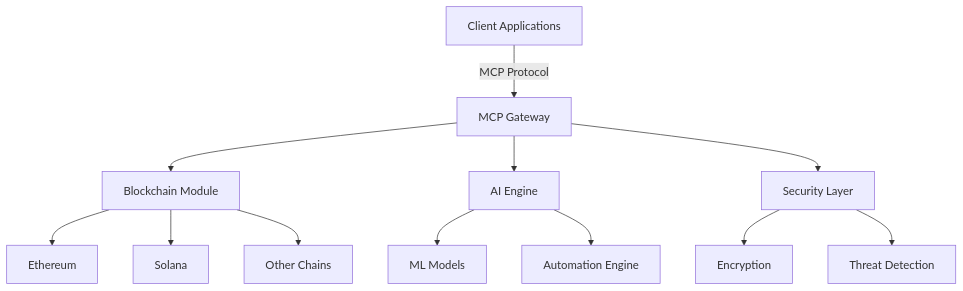
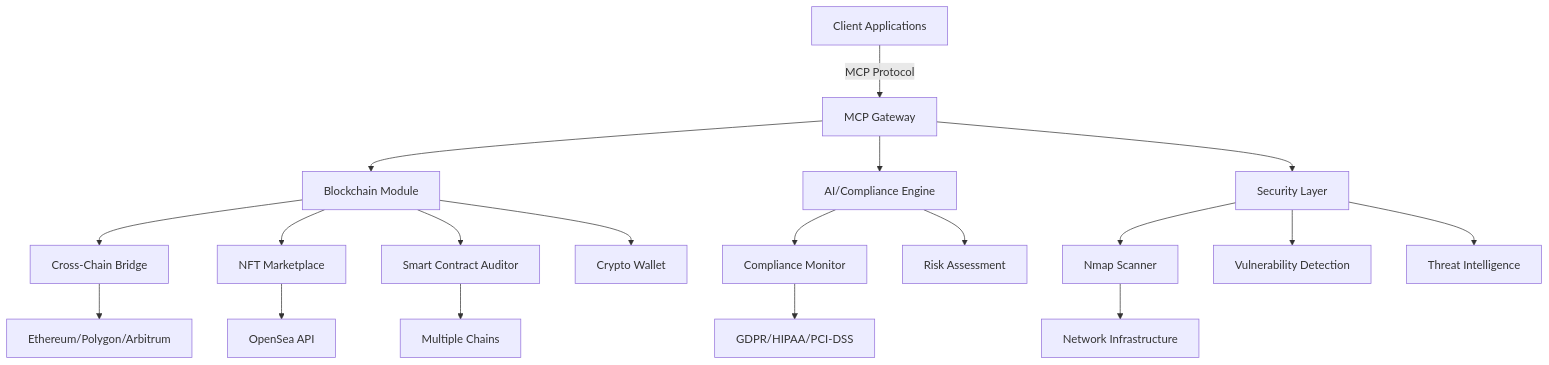
One commit to 0x-Professor/MCPServers changed the diagram in README.md. Above: the diagram before and after it, drawn with Mermaid. The commit also changed other lines of this file, not shown here.

````diff
--- a/README.md
+++ b/README.md
@@ -58,14 +192,25 @@
 ```mermaid
 graph TD
     A[Client Applications] -->|MCP Protocol| B[MCP Gateway]
     B --> C[Blockchain Module]
-    B --> D[AI Engine]
+    B --> D[AI/Compliance Engine]
     B --> E[Security Layer]
-    C --> F[Ethereum]
-    C --> G[Solana]
-    C --> H[Other Chains]
-    D --> I[ML Models]
-    D --> J[Automation Engine]
-    E --> K[Encryption]
-    E --> L[Threat Detection]
+    
+    C --> F[Cross-Chain Bridge]
+    C --> G[NFT Marketplace]
+    C --> H[Smart Contract Auditor]
+    C --> I[Crypto Wallet]
+    
+    D --> J[Compliance Monitor]
+    D --> K[Risk Assessment]
+    
+    E --> L[Nmap Scanner]
+    E --> M[Vulnerability Detection]
+    E --> N[Threat Intelligence]
+    
+    F --> O[Ethereum/Polygon/Arbitrum]
+    G --> P[OpenSea API]
+    H --> Q[Multiple Chains]
+    J --> R[GDPR/HIPAA/PCI-DSS]
+    L --> S[Network Infrastructure]
 ```
````
